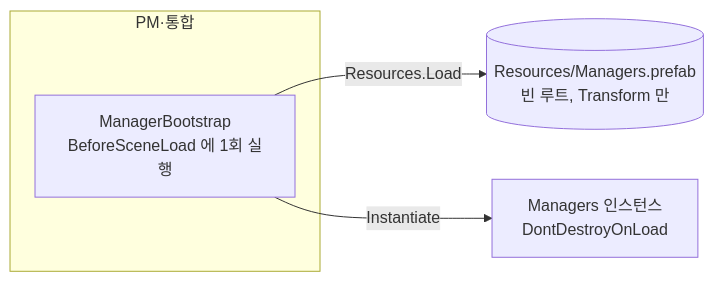
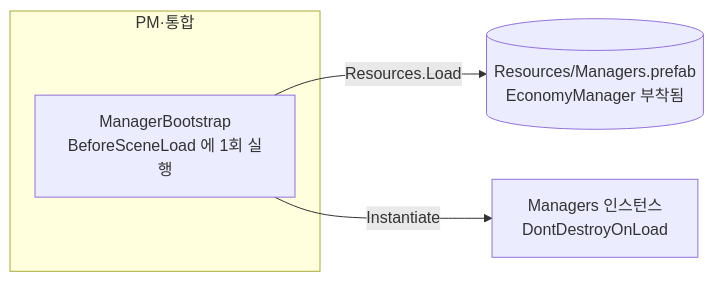
The diagram in docs/TECH_NOTES/manager-bootstrap.md (KDNA-Gwangju-1/NCAIClicker), drawn with Mermaid before and after one commit. The commit also changed other lines of this file and 1 other file, not shown here.

````diff
--- a/docs/TECH_NOTES/manager-bootstrap.md
+++ b/docs/TECH_NOTES/manager-bootstrap.md
@@ -21,10 +21,10 @@
 ```mermaid
 flowchart LR
   subgraph PM["PM·통합"]
     boot[ManagerBootstrap<br/>BeforeSceneLoad 에 1회 실행]
   end
-  prefab[(Resources/Managers.prefab<br/>빈 루트, Transform 만)]
+  prefab[(Resources/Managers.prefab<br/>EconomyManager 부착됨)]
   inst[Managers 인스턴스<br/>DontDestroyOnLoad]
   boot -- "Resources.Load" --> prefab
   boot -- "Instantiate" --> inst
 ```
````
